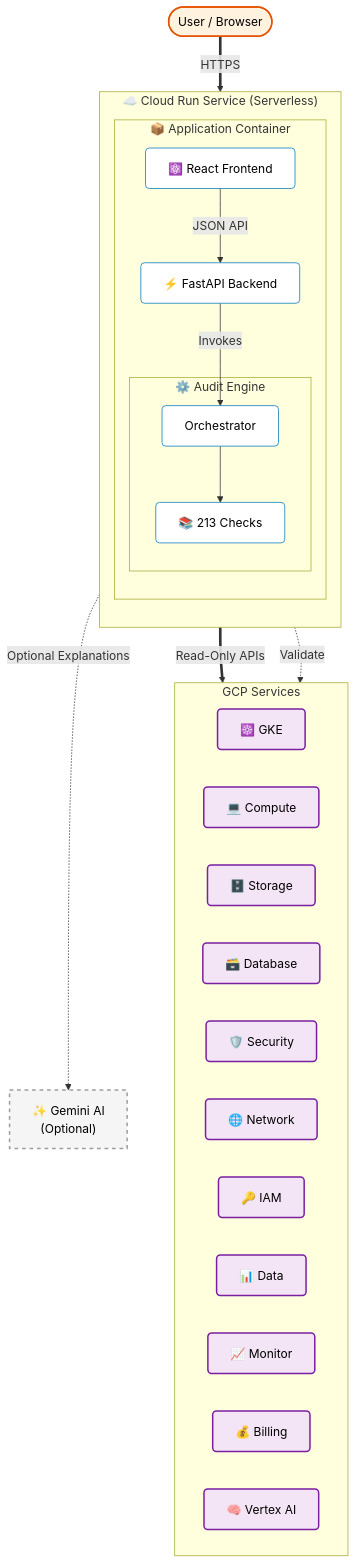
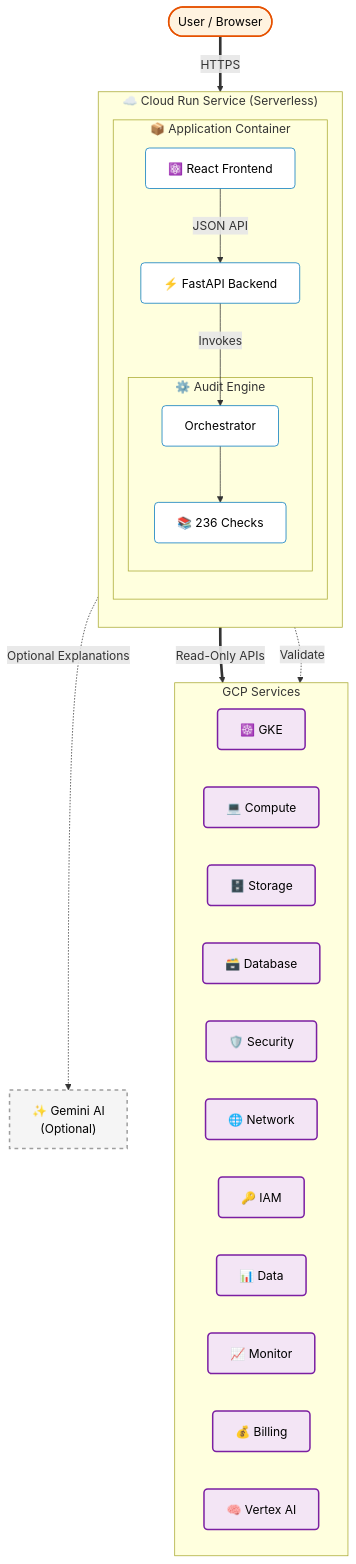
The diagram in README.md (mrghanekar/im-demoreviewer), drawn with Mermaid before and after one commit. The commit also changed other lines of this file and 55 other files, not shown here.

````diff
--- a/README.md
+++ b/README.md
@@ -543,62 +544,62 @@
 ```mermaid
 flowchart TD
     %% Users
     User([User / Browser])
     
     %% Main Cloud Run Service
     subgraph Cloud_Run ["☁️ Cloud Run Service (Serverless)"]
         direction TB
         
         subgraph Container ["📦 Application Container"]
             Frontend["⚛️ React Frontend"]
             Backend["⚡ FastAPI Backend"]
             
             subgraph Engine ["⚙️ Audit Engine"]
                 Scanner["Orchestrator"]
-                Checks["📚 213 Checks"]
+                Checks["📚 236 Checks"]
             end
         end
     end
 
     %% External Services
     Gemini["✨ Gemini AI<br/>(Optional)"]
     
     %% Targets
     subgraph GCP ["GCP Services"]
         direction LR
         GKE["☸️ GKE"]
         Compute["💻 Compute"]
         Storage["🗄️ Storage"]
         DB["🗃️ Database"]
         Security["🛡️ Security"]
         Network["🌐 Network"]
         IAM["🔑 IAM"]
         Data["📊 Data"]
         Monitor["📈 Monitor"]
         Billing["💰 Billing"]
         Vertex["🧠 Vertex AI"]
     end
 
     %% Connections
     User ==>|HTTPS| Frontend
     Frontend -->|JSON API| Backend
     Backend -->|Invokes| Scanner
     
     Scanner --> Checks
     Scanner -.->|Optional Explanations| Gemini
     
     Scanner ==>|Read-Only APIs| GCP
     Checks -.->|Validate| GCP
     
     %% Styling
     classDef user fill:#fff3e0,stroke:#e65100,stroke-width:2px,color:#000;
     classDef container fill:#e1f5fe,stroke:#0277bd,stroke-width:2px,rx:10,color:#000;
     classDef component fill:#ffffff,stroke:#0277bd,stroke-width:1px,rx:5,color:#000;
     classDef external fill:#f3e5f5,stroke:#7b1fa2,stroke-width:2px,rx:5,color:#000;
     classDef optional fill:#f5f5f5,stroke:#9e9e9e,stroke-width:2px,stroke-dasharray: 5 5,color:#000;
     
     class User user;
     class Frontend,Backend,Scanner,Checks component;
     class Gemini optional;
     class GKE,Compute,Storage,DB,Security,Network,IAM,Data,Monitor,Billing,Vertex external;
 ```
````
